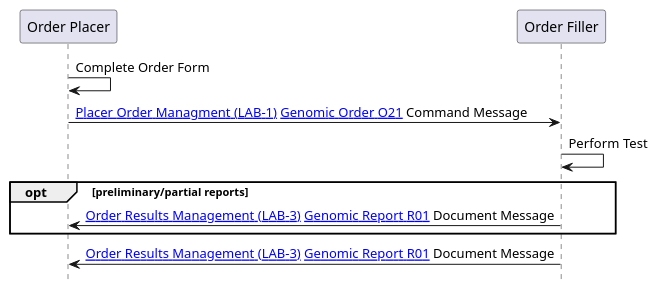
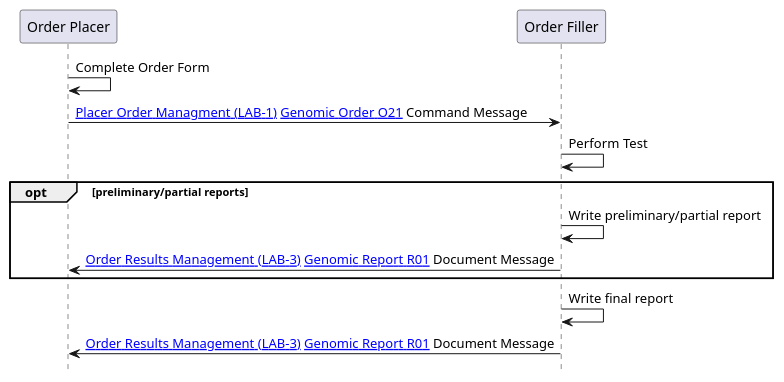
Before and after one commit to nw-gmsa/nw-gmsa.github.com: the diagram in input/images-source/LTW-now-sequence.plantuml, drawn with PlantUML. The commit also changed 3 other files, not shown here.

```diff
--- a/input/images-source/LTW-now-sequence.plantuml
+++ b/input/images-source/LTW-now-sequence.plantuml
@@ -1,18 +1,20 @@
 @startuml
 
 hide footbox
 
 participant "Order Placer" as EPR
 participant "Order Filler" as LIMS
 
 
 EPR -> EPR: Complete Order Form
 EPR -> LIMS: [[LAB-1.html Placer Order Managment (LAB-1)]] [[DDD-TestOrder.html Genomic Order O21]] Command Message
 LIMS -> LIMS: Perform Test
 opt preliminary/partial reports
+LIMS -> LIMS: Write preliminary/partial report
 LIMS -> EPR: [[LAB-3.html Order Results Management (LAB-3)]] [[DDD-TestReport.html Genomic Report R01]] Document Message
 end
+LIMS -> LIMS: Write final report
 LIMS -> EPR: [[LAB-3.html Order Results Management (LAB-3)]] [[DDD-TestReport.html Genomic Report R01]] Document Message
 
 
 @enduml
```
